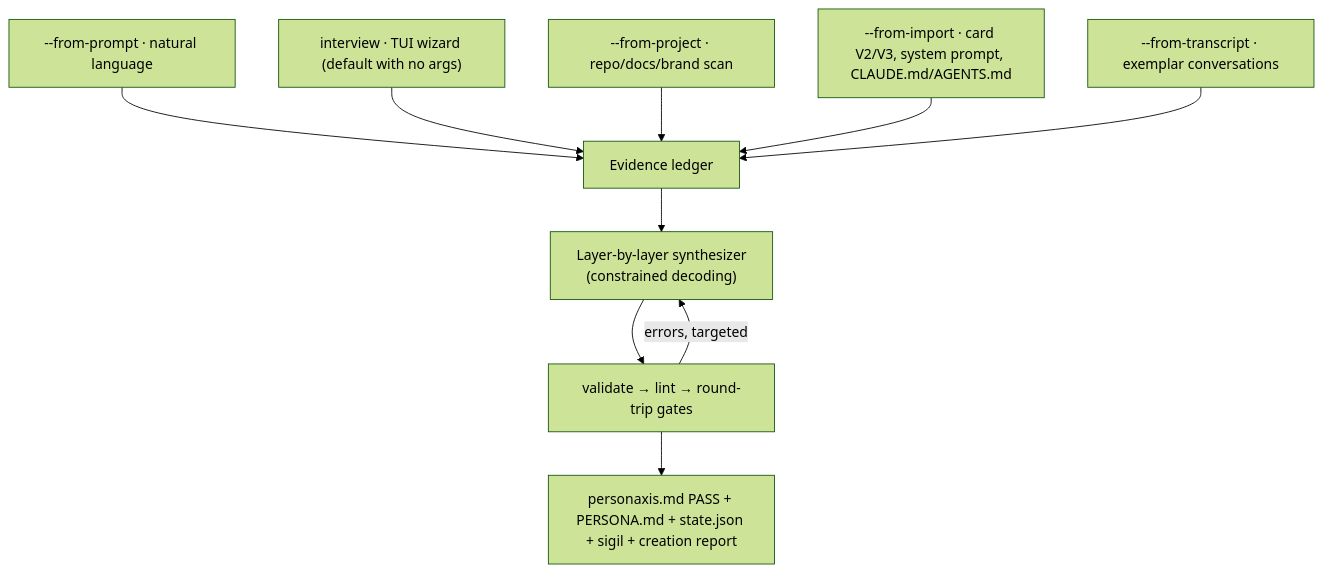
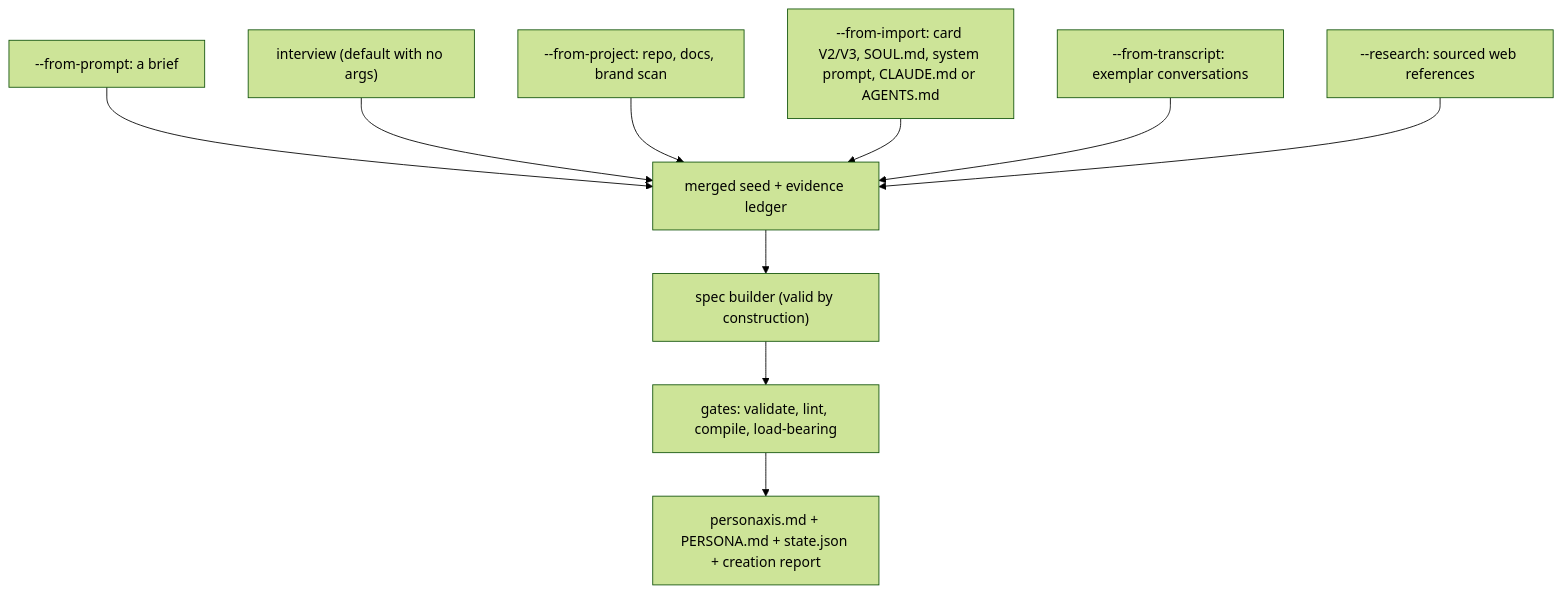
Before and after one commit to personaxis/personaxis: the diagram in docs/architecture/genesis.md, drawn with Mermaid (forest theme). The commit also changed other lines of this file and 34 other files, not shown here.

First line of the commit message:
docs: architecture, guides and integrations describe what the code does

````diff
--- a/docs/architecture/genesis.md
+++ b/docs/architecture/genesis.md
@@ -29,12 +25,12 @@
 ```mermaid
 flowchart TD
-  P["--from-prompt · natural language"] --> E
-  I["interview · TUI wizard (default with no args)"] --> E
-  J["--from-project · repo/docs/brand scan"] --> E
-  M["--from-import · card V2/V3, system prompt, CLAUDE.md/AGENTS.md"] --> E
-  T["--from-transcript · exemplar conversations"] --> E
-  E["Evidence ledger"] --> S["Layer-by-layer synthesizer<br/>(constrained decoding)"]
-  S --> V["validate → lint → round-trip gates"]
-  V -->|"errors, targeted"| S
-  V --> O["personaxis.md PASS + PERSONA.md + state.json + sigil + creation report"]
+  P["--from-prompt: a brief"] --> E
+  I["interview (default with no args)"] --> E
+  J["--from-project: repo, docs, brand scan"] --> E
+  M["--from-import: card V2/V3, SOUL.md, system prompt, CLAUDE.md or AGENTS.md"] --> E
+  T["--from-transcript: exemplar conversations"] --> E
+  R["--research: sourced web references"] --> E
+  E["merged seed + evidence ledger"] --> B["spec builder (valid by construction)"]
+  B --> G["gates: validate, lint, compile, load-bearing"]
+  G --> O["personaxis.md + PERSONA.md + state.json + creation report"]
 ```
````
